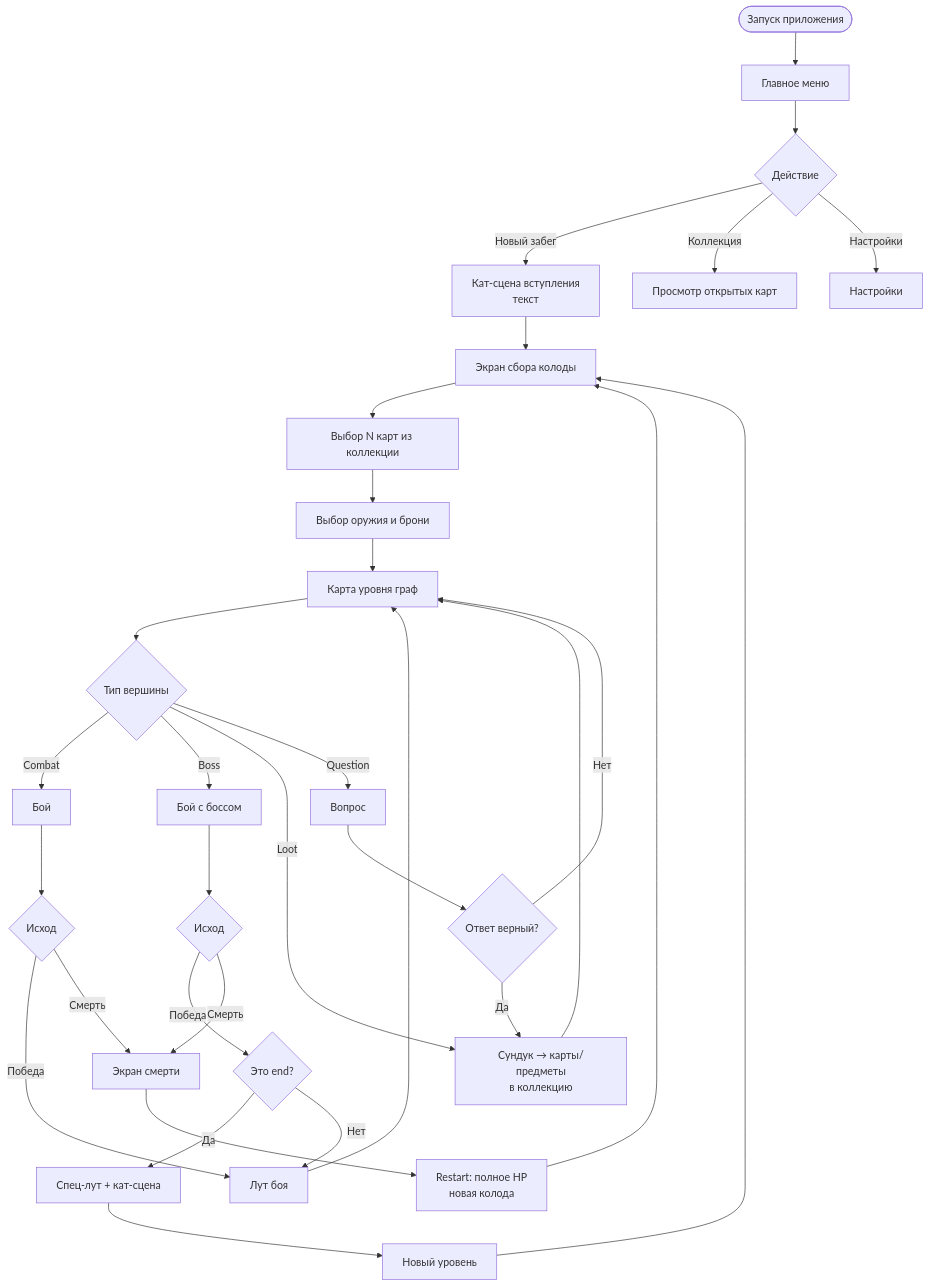
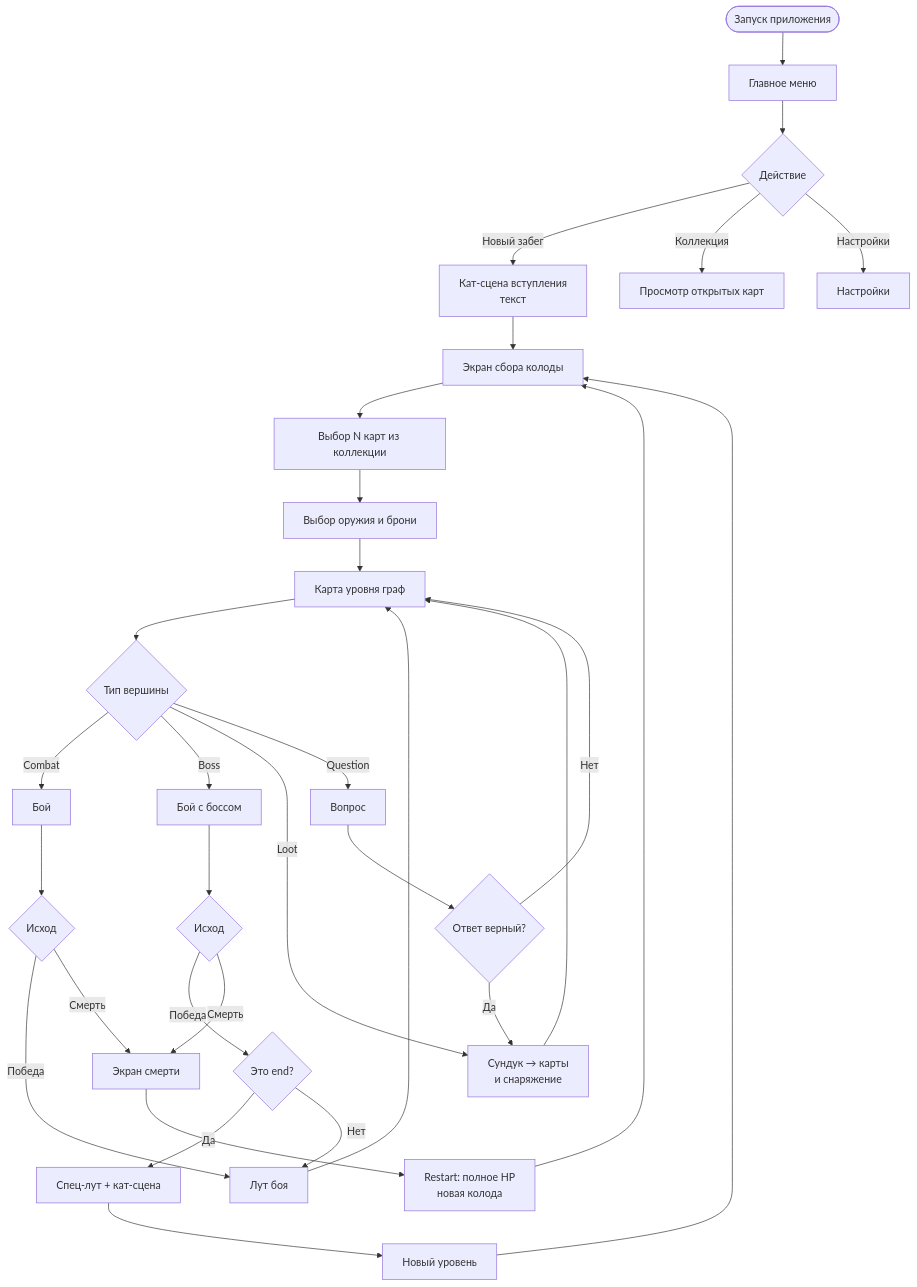
Before and after one commit to SPbZOVal/yar: the third of 5 diagrams in docs/architecture/04-gameplay.md, drawn with Mermaid. The commit also changed other lines of this file and 3 other files, not shown here.

First line of the commit message:
docs: de-jargon README, clarify level graph and loot flow

````diff
--- a/docs/architecture/04-gameplay.md
+++ b/docs/architecture/04-gameplay.md
@@ -75,37 +93,37 @@
 ```mermaid
 flowchart TD
     A([Запуск приложения]) --> B[Главное меню]
     B --> C{Действие}
     C -->|Новый забег| D[Кат-сцена вступления<br/>текст]
     C -->|Коллекция| E[Просмотр открытых карт]
     C -->|Настройки| F[Настройки]
 
     D --> G[Экран сбора колоды]
     G --> G1[Выбор N карт из коллекции]
     G1 --> G2[Выбор оружия и брони]
     G2 --> H[Карта уровня граф]
 
     H --> I{Тип вершины}
     I -->|Combat| J[Бой]
     I -->|Boss| K[Бой с боссом]
-    I -->|Loot| L[Сундук → карты/предметы<br/>в коллекцию]
+    I -->|Loot| L[Сундук → карты<br/>и снаряжение]
     I -->|Question| M[Вопрос]
 
     M --> M1{Ответ верный?}
     M1 -->|Да| L
     M1 -->|Нет| H
 
     J --> J1{Исход}
     J1 -->|Победа| N[Лут боя] --> H
     J1 -->|Смерть| O[Экран смерти]
 
     K --> K1{Исход}
     K1 -->|Победа| P{Это end?}
     P -->|Да| Q[Спец-лут + кат-сцена] --> R[Новый уровень] --> G
     P -->|Нет| N
     K1 -->|Смерть| O
 
     O --> O1[Restart: полное HP<br/>новая колода] --> G
 
     L --> H
 ```
````
